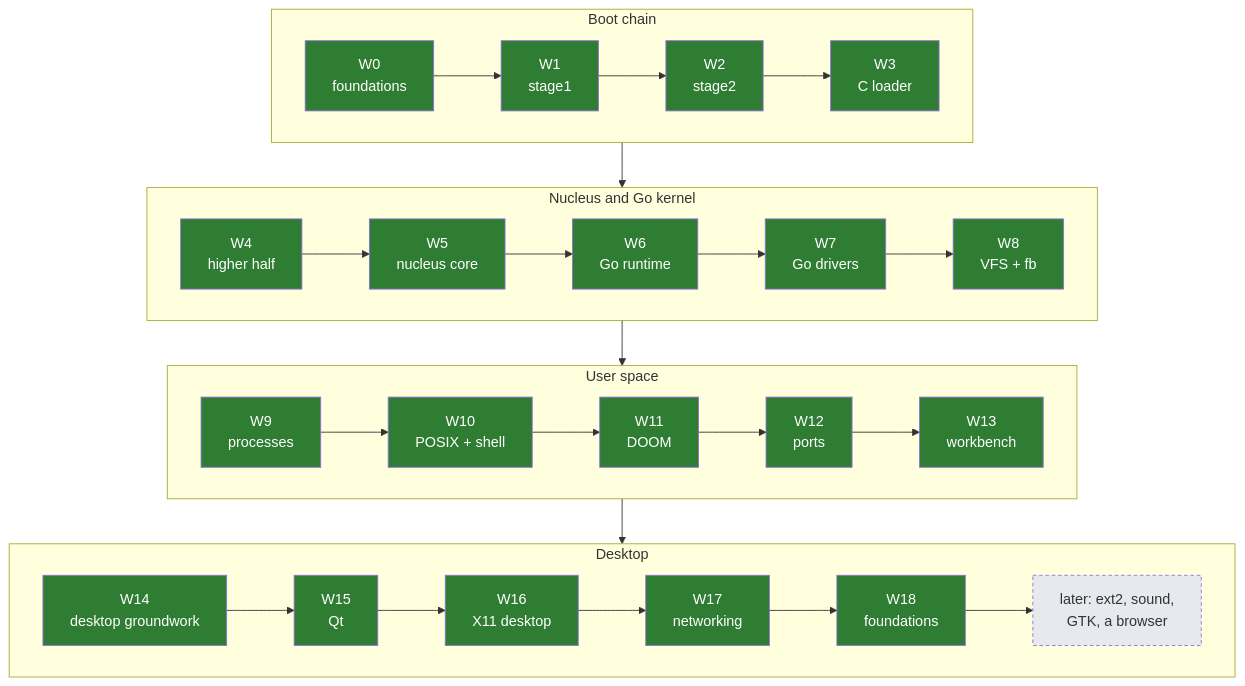
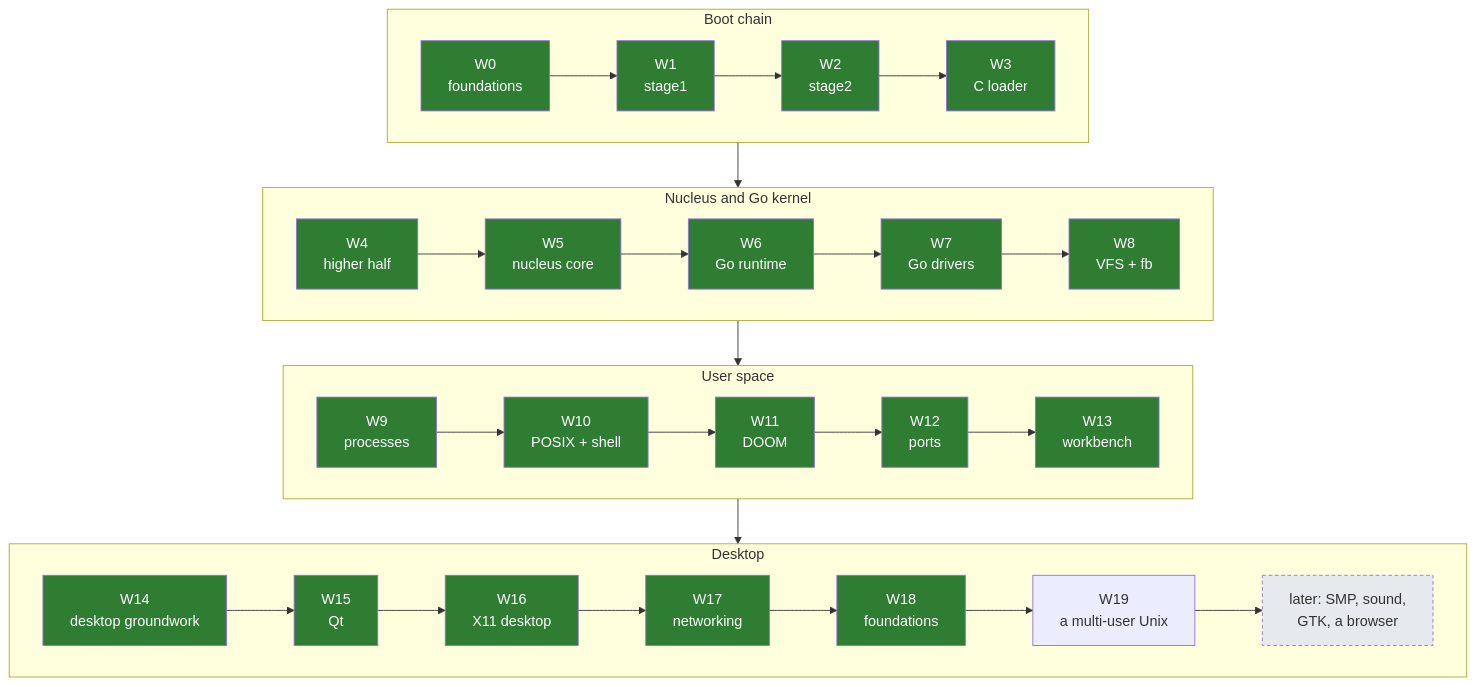
Before and after one commit to decagondev/burrow: the diagram in docs/04-plan/ROADMAP.md, drawn with Mermaid. The commit also changed other lines of this file and 4 other files, not shown here.

First line of the commit message:
Plan Wave 19: a multi-user Unix

````diff
--- a/docs/04-plan/ROADMAP.md
+++ b/docs/04-plan/ROADMAP.md
@@ -27,25 +28,25 @@
 ```mermaid
 flowchart TB
     subgraph boot["Boot chain"]
         direction LR
         W0["W0<br/>foundations"] --> W1["W1<br/>stage1"] --> W2["W2<br/>stage2"] --> W3["W3<br/>C loader"]
     end
     subgraph core["Nucleus and Go kernel"]
         direction LR
         W4["W4<br/>higher half"] --> W5["W5<br/>nucleus core"] --> W6["W6<br/>Go runtime"] --> W7["W7<br/>Go drivers"] --> W8["W8<br/>VFS + fb"]
     end
     subgraph unix["User space"]
         direction LR
         W9["W9<br/>processes"] --> W10["W10<br/>POSIX + shell"] --> W11["W11<br/>DOOM"] --> W12["W12<br/>ports"] --> W13["W13<br/>workbench"]
     end
     subgraph desk["Desktop"]
         direction LR
-        W14["W14<br/>desktop groundwork"] --> W15["W15<br/>Qt"] --> W16["W16<br/>X11 desktop"] --> W17["W17<br/>networking"] --> W18["W18<br/>foundations"] --> X["later: ext2, sound,<br/>GTK, a browser"]
+        W14["W14<br/>desktop groundwork"] --> W15["W15<br/>Qt"] --> W16["W16<br/>X11 desktop"] --> W17["W17<br/>networking"] --> W18["W18<br/>foundations"] --> W19["W19<br/>a multi-user Unix"] --> X["later: SMP, sound,<br/>GTK, a browser"]
     end
     boot --> core --> unix --> desk
     classDef done fill:#2e7d32,color:#fff;
     classDef next fill:#f9a825,color:#000;
     classDef later fill:#e6eaee,color:#333,stroke-dasharray: 4 3;
     class W0,W1,W2,W3,W4,W5,W6,W7,W8,W9,W10,W11,W12,W13,W14,W15,W16,W17,W18 done;
     class X later;
 ```
````
